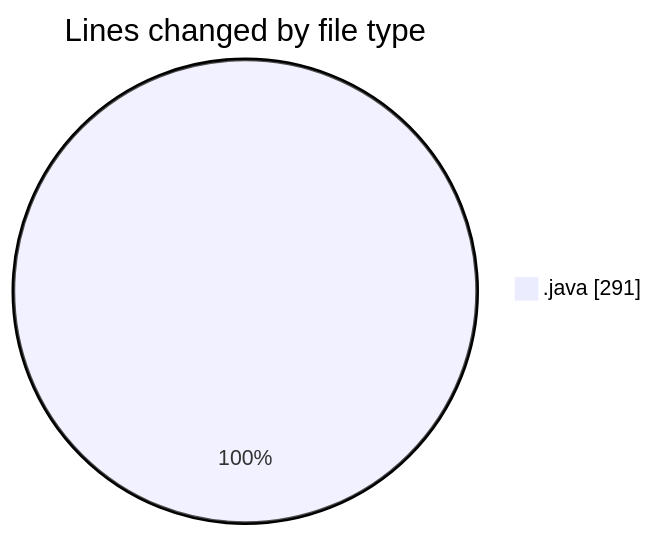
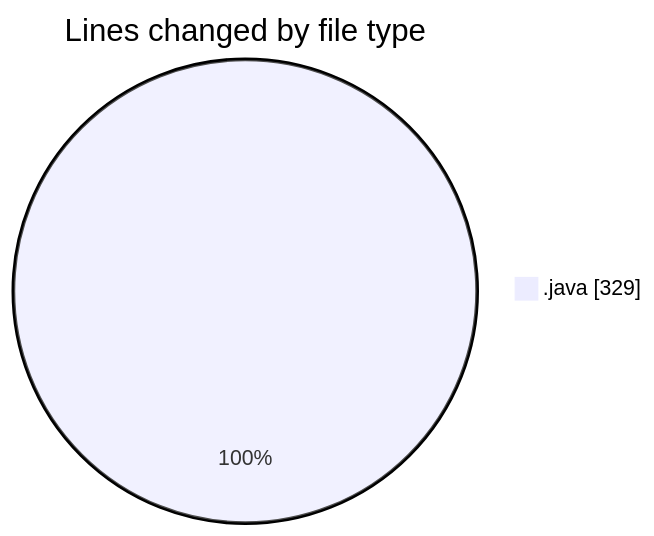
Before and after one commit to ricardozamudiocil/code-tracking: the first of 2 diagrams in 2026-05-22/cilapp/README.md, drawn with Mermaid. The commit also changed other lines of this file and 1 other file, not shown here.

````diff
--- a/2026-05-22/cilapp/README.md
+++ b/2026-05-22/cilapp/README.md
@@ -20,5 +20,5 @@
 ```mermaid
 pie showData
 title Lines changed by file type
-".java" : 291
+".java" : 329
 ```
````
